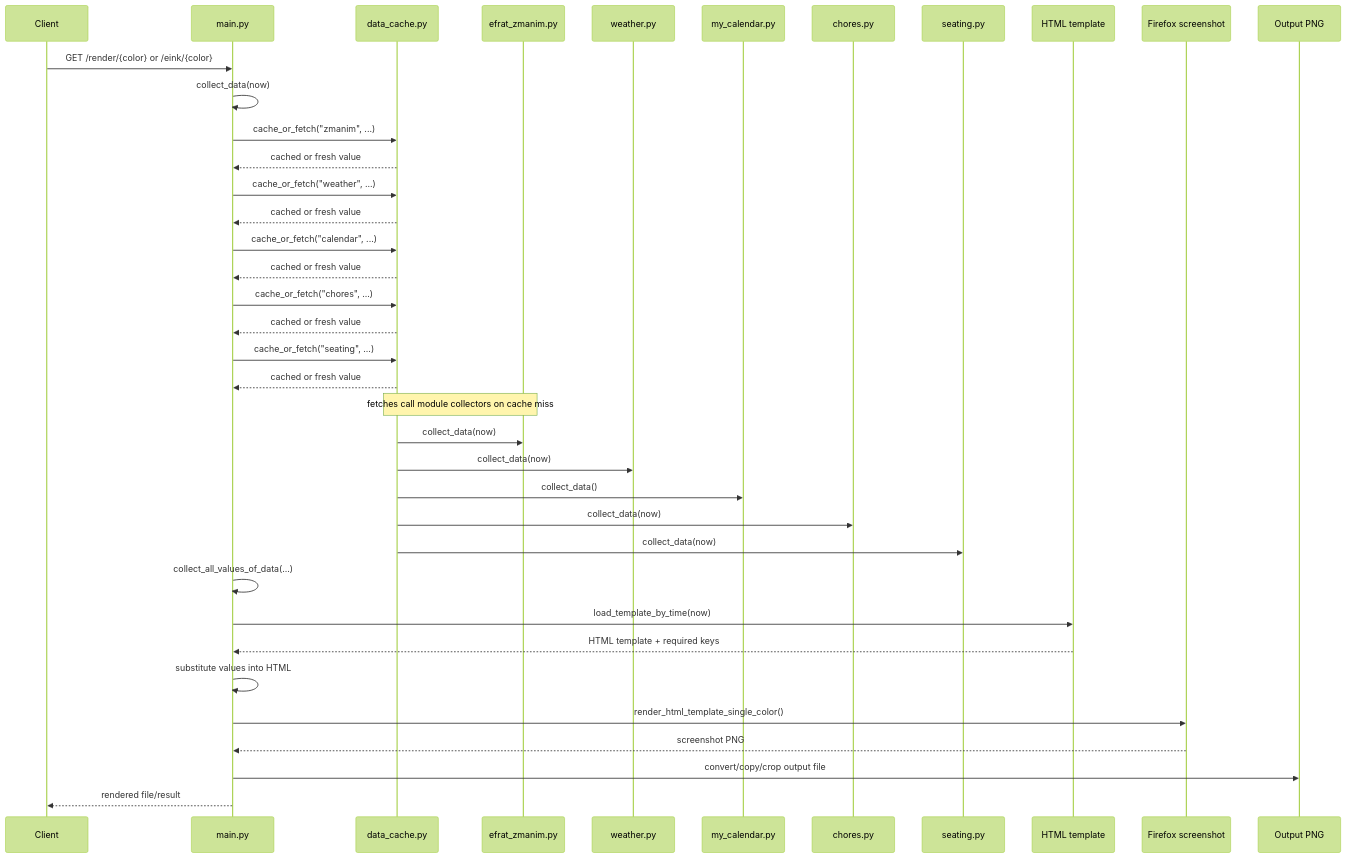
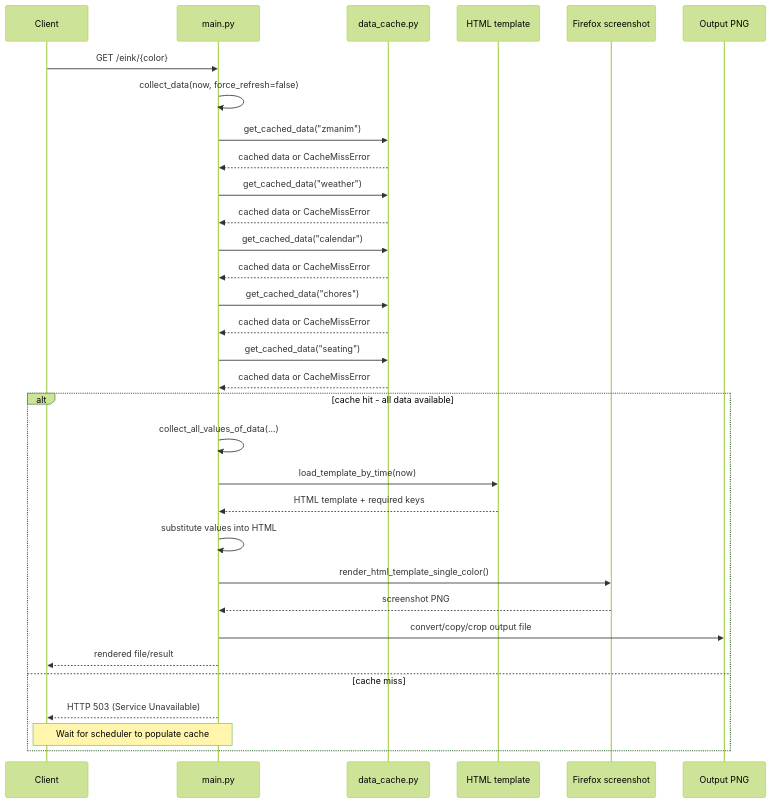
Before and after one commit to scraimer/eink-entrance-display-backend: the third of 3 diagrams in docs/architecture.md, drawn with Mermaid (forest theme). The commit also changed other lines of this file and 3 other files, not shown here.

````diff
--- a/docs/architecture.md
+++ b/docs/architecture.md
@@ -144,43 +265,41 @@
 ```mermaid
 sequenceDiagram
     participant C as Client
     participant M as main.py
     participant DC as data_cache.py
-    participant Z as efrat_zmanim.py
-    participant W as weather.py
-    participant GCal as my_calendar.py
-    participant Ch as chores.py
-    participant S as seating.py
     participant T as HTML template
     participant F as Firefox screenshot
     participant O as Output PNG
 
-    C->>M: GET /render/{color} or /eink/{color}
-    M->>M: collect_data(now)
-    M->>DC: cache_or_fetch("zmanim", ...)
-    DC-->>M: cached or fresh value
-    M->>DC: cache_or_fetch("weather", ...)
-    DC-->>M: cached or fresh value
-    M->>DC: cache_or_fetch("calendar", ...)
-    DC-->>M: cached or fresh value
-    M->>DC: cache_or_fetch("chores", ...)
-    DC-->>M: cached or fresh value
-    M->>DC: cache_or_fetch("seating", ...)
-    DC-->>M: cached or fresh value
+    C->>M: GET /eink/{color}
+    M->>M: collect_data(now, force_refresh=false)
+    
+    M->>DC: get_cached_data("zmanim")
+    DC-->>M: cached data or CacheMissError
+    
+    M->>DC: get_cached_data("weather")
+    DC-->>M: cached data or CacheMissError
+    
+    M->>DC: get_cached_data("calendar")
+    DC-->>M: cached data or CacheMissError
+    
+    M->>DC: get_cached_data("chores")
+    DC-->>M: cached data or CacheMissError
+    
+    M->>DC: get_cached_data("seating")
+    DC-->>M: cached data or CacheMissError
 
-    Note over DC,Z: fetches call module collectors on cache miss
-    DC->>Z: collect_data(now)
-    DC->>W: collect_data(now)
-    DC->>GCal: collect_data()
-    DC->>Ch: collect_data(now)
-    DC->>S: collect_data(now)
-
-    M->>M: collect_all_values_of_data(...)
-    M->>T: load_template_by_time(now)
-    T-->>M: HTML template + required keys
-    M->>M: substitute values into HTML
-    M->>F: render_html_template_single_color()
-    F-->>M: screenshot PNG
-    M->>O: convert/copy/crop output file
-    M-->>C: rendered file/result
+    alt cache hit - all data available
+        M->>M: collect_all_values_of_data(...)
+        M->>T: load_template_by_time(now)
+        T-->>M: HTML template + required keys
+        M->>M: substitute values into HTML
+        M->>F: render_html_template_single_color()
+        F-->>M: screenshot PNG
+        M->>O: convert/copy/crop output file
+        M-->>C: rendered file/result
+    else cache miss
+        M-->>C: HTTP 503 (Service Unavailable)
+        Note over M,C: Wait for scheduler to populate cache
+    end
 ```
````
